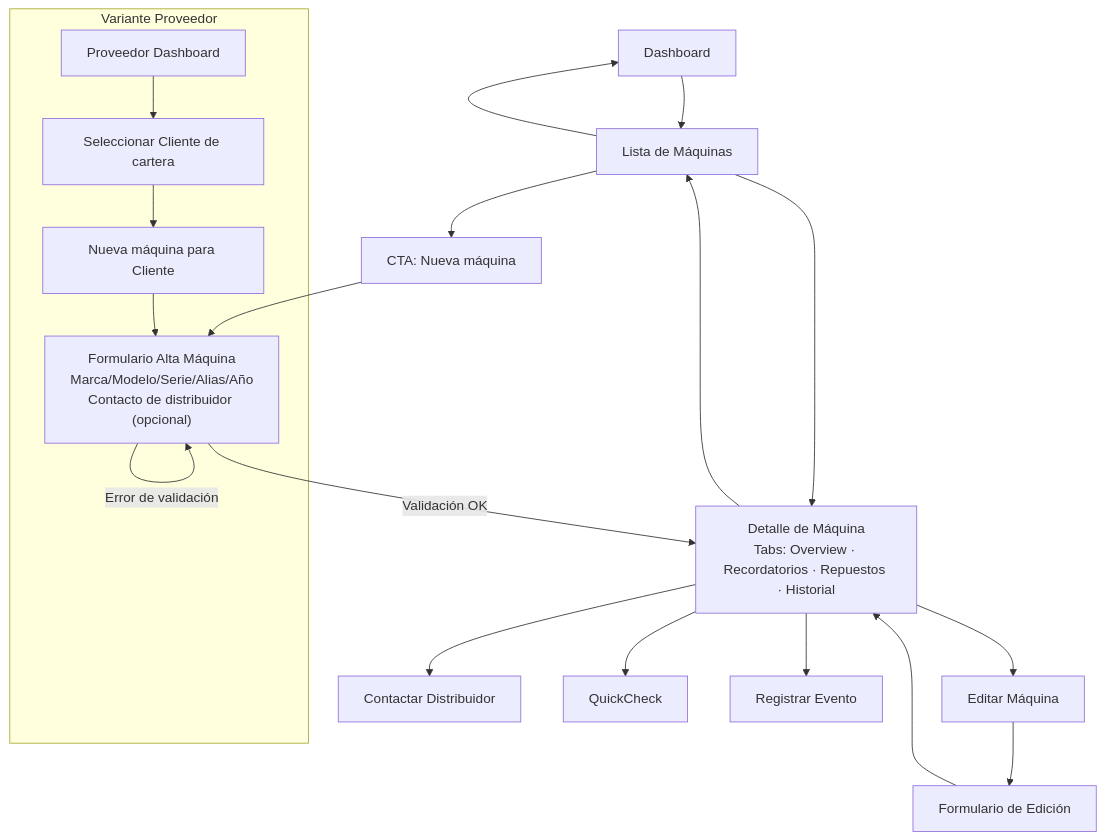
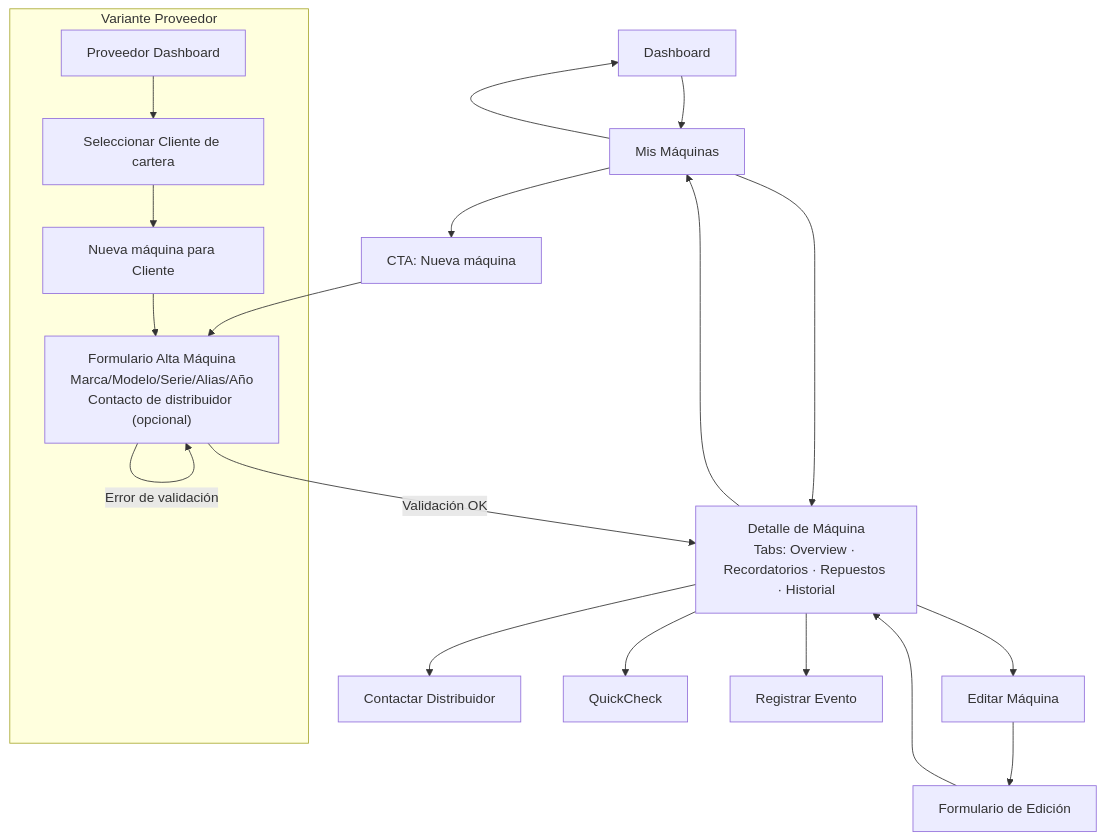
One commit to MarkMed/FleetMan changed the third of 9 diagrams in docs/userJourney.md. Above: the diagram before and after it, drawn with Mermaid. The commit also changed other lines of this file, not shown here.

Commit message:
Update user journey documentation: refine authentication flow and enhance QuickActions dashboard details

````diff
--- a/docs/userJourney.md
+++ b/docs/userJourney.md
@@ -30,27 +84,27 @@
 ```mermaid
 flowchart TD
-    DASH[Dashboard] --> MACHINES[Lista de Máquinas]
+    DASH[Dashboard] --> MACHINES[Mis Máquinas]
     MACHINES --> DASH
     MACHINES --> CREATE[CTA: Nueva máquina]
     MACHINES --> DETAIL["Detalle de Máquina<br/>Tabs: Overview · Recordatorios · Repuestos · Historial"]
     
     CREATE --> FORM["Formulario Alta Máquina<br/>Marca/Modelo/Serie/Alias/Año<br/>Contacto de distribuidor #40;opcional#41;"]
     FORM -->|Validación OK| DETAIL
     FORM -->|Error de validación| FORM
     
     DETAIL --> MACHINES
     DETAIL --> EDIT[Editar Máquina]
     DETAIL --> CONTACT[Contactar Distribuidor]
     DETAIL --> QUICKCHECK_MACHINE[QuickCheck]
     DETAIL --> EVENT[Registrar Evento]
     
     EDIT --> EDIT_FORM[Formulario de Edición]
     EDIT_FORM --> DETAIL
     
     %% Variante Proveedor
     subgraph "Variante Proveedor"
         PROVIDER[Proveedor Dashboard] --> SELECT_CLIENT[Seleccionar Cliente de cartera]
         SELECT_CLIENT --> CREATE_FOR_CLIENT[Nueva máquina para Cliente]
         CREATE_FOR_CLIENT --> FORM
     end
 ```
````
